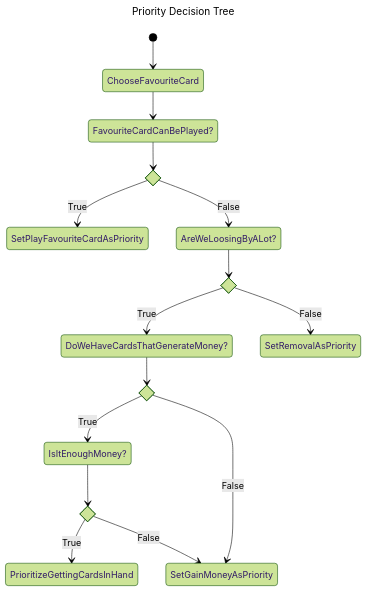
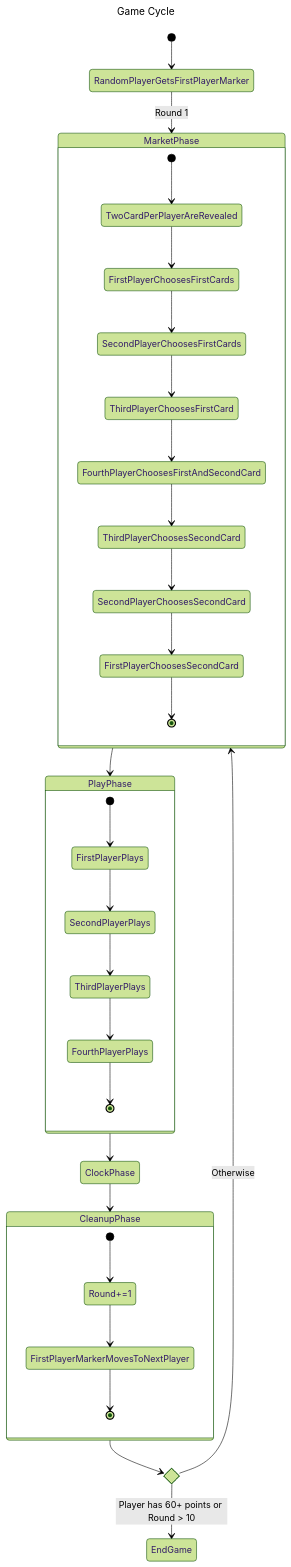
One commit to Eric11195/ValeOfEternity_ia_project changed the second of 2 diagrams in README.md. Above: the diagram before and after it, drawn with Mermaid (forest theme). The commit also changed other lines of this file, not shown here.

````diff
--- a/README.md
+++ b/README.md
@@ -502,24 +203,38 @@
 ```mermaid
 ---
-title: Priority Decision Tree
+title: Game Cycle
 ---
 stateDiagram-v2
+[*] --> RandomPlayerGetsFirstPlayerMarker
+RandomPlayerGetsFirstPlayerMarker --> MarketPhase: Round 1
+state MarketPhase{
+  [*] --> TwoCardPerPlayerAreRevealed
+  TwoCardPerPlayerAreRevealed --> FirstPlayerChoosesFirstCards
+  FirstPlayerChoosesFirstCards --> SecondPlayerChoosesFirstCards
+  SecondPlayerChoosesFirstCards --> ThirdPlayerChoosesFirstCard
+  ThirdPlayerChoosesFirstCard --> FourthPlayerChoosesFirstAndSecondCard
+  FourthPlayerChoosesFirstAndSecondCard --> ThirdPlayerChoosesSecondCard
+  ThirdPlayerChoosesSecondCard --> SecondPlayerChoosesSecondCard
+  SecondPlayerChoosesSecondCard --> FirstPlayerChoosesSecondCard
+  FirstPlayerChoosesSecondCard --> [*]
+}
+MarketPhase --> PlayPhase
+state PlayPhase{
+  [*] --> FirstPlayerPlays
+  FirstPlayerPlays --> SecondPlayerPlays
+  SecondPlayerPlays --> ThirdPlayerPlays
+  ThirdPlayerPlays --> FourthPlayerPlays
+  FourthPlayerPlays --> [*]
+}
+PlayPhase --> ClockPhase
+ClockPhase --> CleanupPhase
+state CleanupPhase{
+  [*] --> Round+=1
+  Round+=1 --> FirstPlayerMarkerMovesToNextPlayer
+  FirstPlayerMarkerMovesToNextPlayer --> [*]
+}
 state if_state <<choice>>
-state if_state2 <<choice>>
-state if_state3 <<choice>>
-state if_state4 <<choice>>
-[*] --> ChooseFavouriteCard
-ChooseFavouriteCard --> FavouriteCardCanBePlayed?
-FavouriteCardCanBePlayed? --> if_state
-if_state --> SetPlayFavouriteCardAsPriority: True
-if_state --> AreWeLoosingByALot?: False
-AreWeLoosingByALot? --> if_state2
-if_state2 --> DoWeHaveCardsThatGenerateMoney?:True
-DoWeHaveCardsThatGenerateMoney? --> if_state3
-if_state3 --> IsItEnoughMoney?:True
-IsItEnoughMoney? --> if_state4
-if_state4 --> PrioritizeGettingCardsInHand:True 
-if_state4 --> SetGainMoneyAsPriority:False
-if_state3 --> SetGainMoneyAsPriority:False
-if_state2 --> SetRemovalAsPriority: False
+CleanupPhase --> if_state
+if_state --> EndGame: Player has 60+ points or Round > 10
+if_state --> MarketPhase: Otherwise
 ```
````
